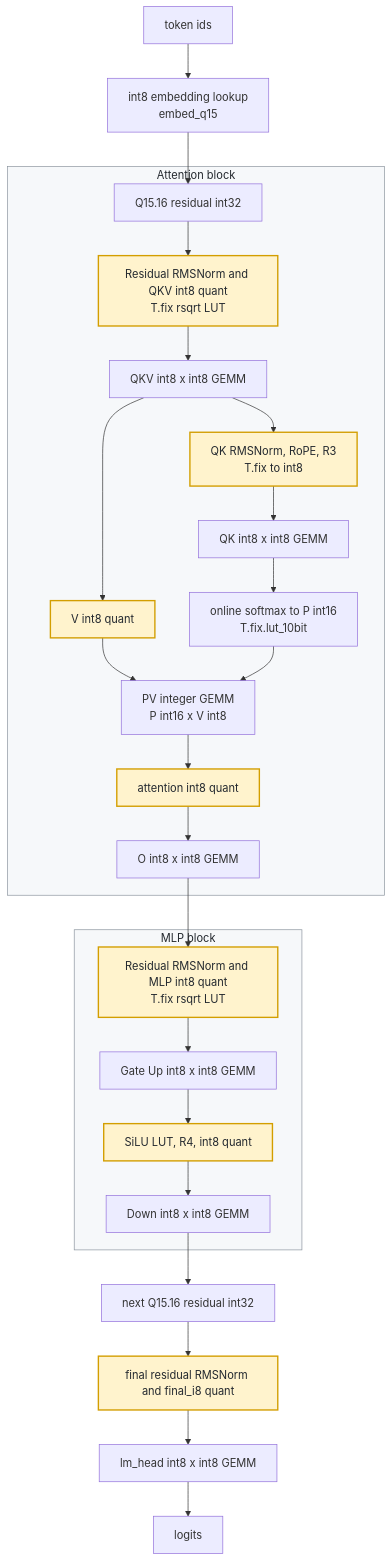
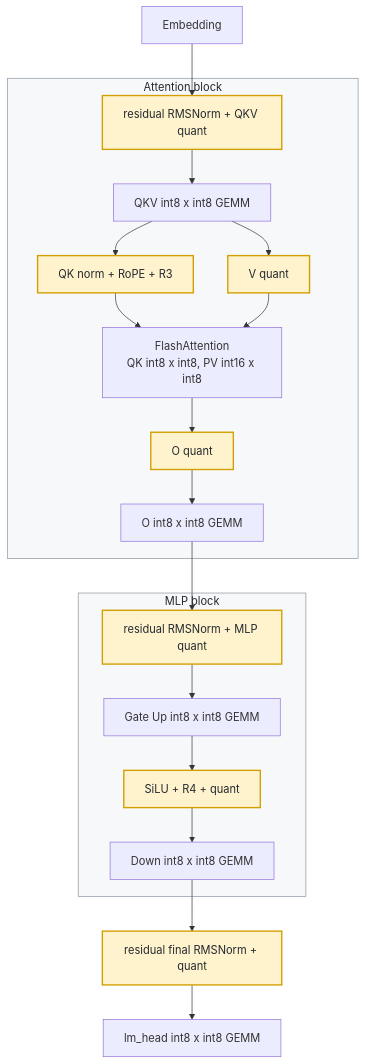
One commit to 54limiao/tilelang changed the diagram in examples/qwen3_int_only/README.md. Above: the diagram before and after it, drawn with Mermaid. The commit also changed other lines of this file, not shown here.

Commit message:
Simplify qwen runtime flow diagram

````diff
--- a/examples/qwen3_int_only/README.md
+++ b/examples/qwen3_int_only/README.md
@@ -78,34 +41,29 @@
 ```mermaid
 flowchart TD
-  TOK["token ids"] --> EMB["int8 embedding lookup<br/>embed_q15"]
-  EMB --> RES0["Q15.16 residual int32"]
+  EMB["Embedding"] --> A_RMS
 
   subgraph ATTN["Attention block"]
-    RES0 --> A_RMS["Residual RMSNorm and QKV int8 quant<br/>T.fix rsqrt LUT"]
+    A_RMS["residual RMSNorm + QKV quant"]
     A_RMS --> QKV["QKV int8 x int8 GEMM"]
-    QKV --> QKPRE["QK RMSNorm, RoPE, R3<br/>T.fix to int8"]
-    QKV --> VQ["V int8 quant"]
-    QKPRE --> QK["QK int8 x int8 GEMM"]
-    QK --> SM["online softmax to P int16<br/>T.fix.lut_10bit"]
-    VQ --> PV["PV integer GEMM<br/>P int16 x V int8"]
-    SM --> PV
-    PV --> AQ["attention int8 quant"]
-    AQ --> OPROJ["O int8 x int8 GEMM"]
+    QKV --> QKPRE["QK norm + RoPE + R3"]
+    QKV --> VQ["V quant"]
+    QKPRE --> FA["FlashAttention<br/>QK int8 x int8, PV int16 x int8"]
+    VQ --> FA
+    FA --> OQ["O quant"]
+    OQ --> OPROJ["O int8 x int8 GEMM"]
   end
 
   subgraph MLP["MLP block"]
-    OPROJ --> M_RMS["Residual RMSNorm and MLP int8 quant<br/>T.fix rsqrt LUT"]
+    OPROJ --> M_RMS["residual RMSNorm + MLP quant"]
     M_RMS --> GU["Gate Up int8 x int8 GEMM"]
-    GU --> ACT["SiLU LUT, R4, int8 quant"]
+    GU --> ACT["SiLU + R4 + quant"]
     ACT --> DOWN["Down int8 x int8 GEMM"]
   end
 
-  DOWN --> RES1["next Q15.16 residual int32"]
-  RES1 --> FINAL["final residual RMSNorm and final_i8 quant"]
+  DOWN --> FINAL["residual final RMSNorm + quant"]
   FINAL --> HEAD["lm_head int8 x int8 GEMM"]
-  HEAD --> LOGITS["logits"]
-  class A_RMS,QKPRE,VQ,AQ,M_RMS,ACT,FINAL quant;
+  class A_RMS,QKPRE,VQ,OQ,M_RMS,ACT,FINAL quant;
   style ATTN fill:#f6f8fa,stroke:#8c959f,stroke-width:1px,color:#24292f
   style MLP fill:#f6f8fa,stroke:#8c959f,stroke-width:1px,color:#24292f
   classDef quant fill:#fff3cd,stroke:#d39e00,stroke-width:2px,color:#24292f;
 ```
````
